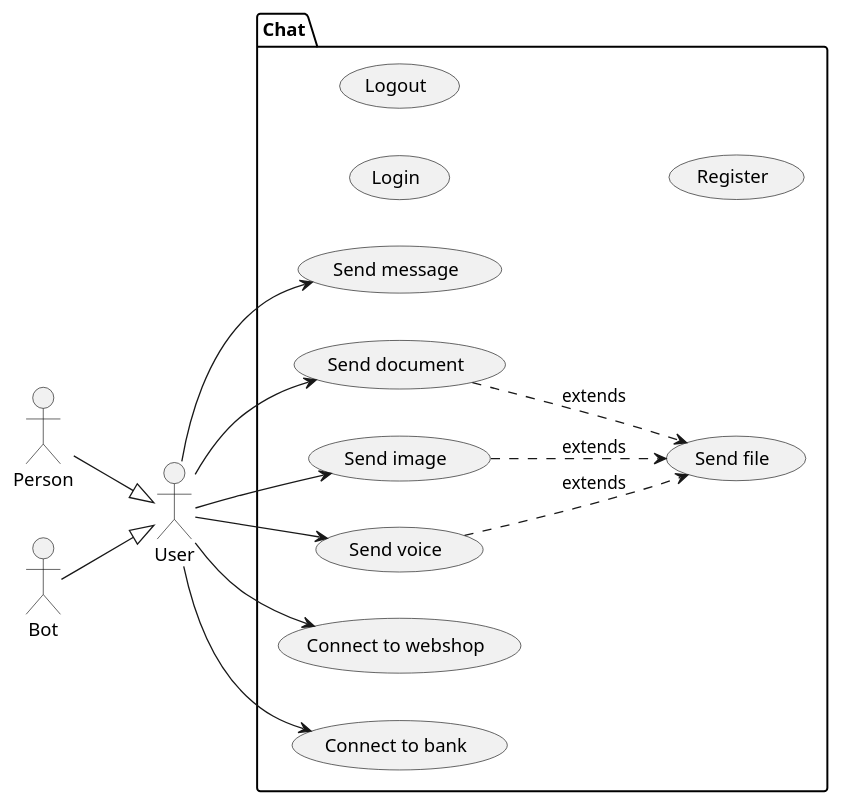
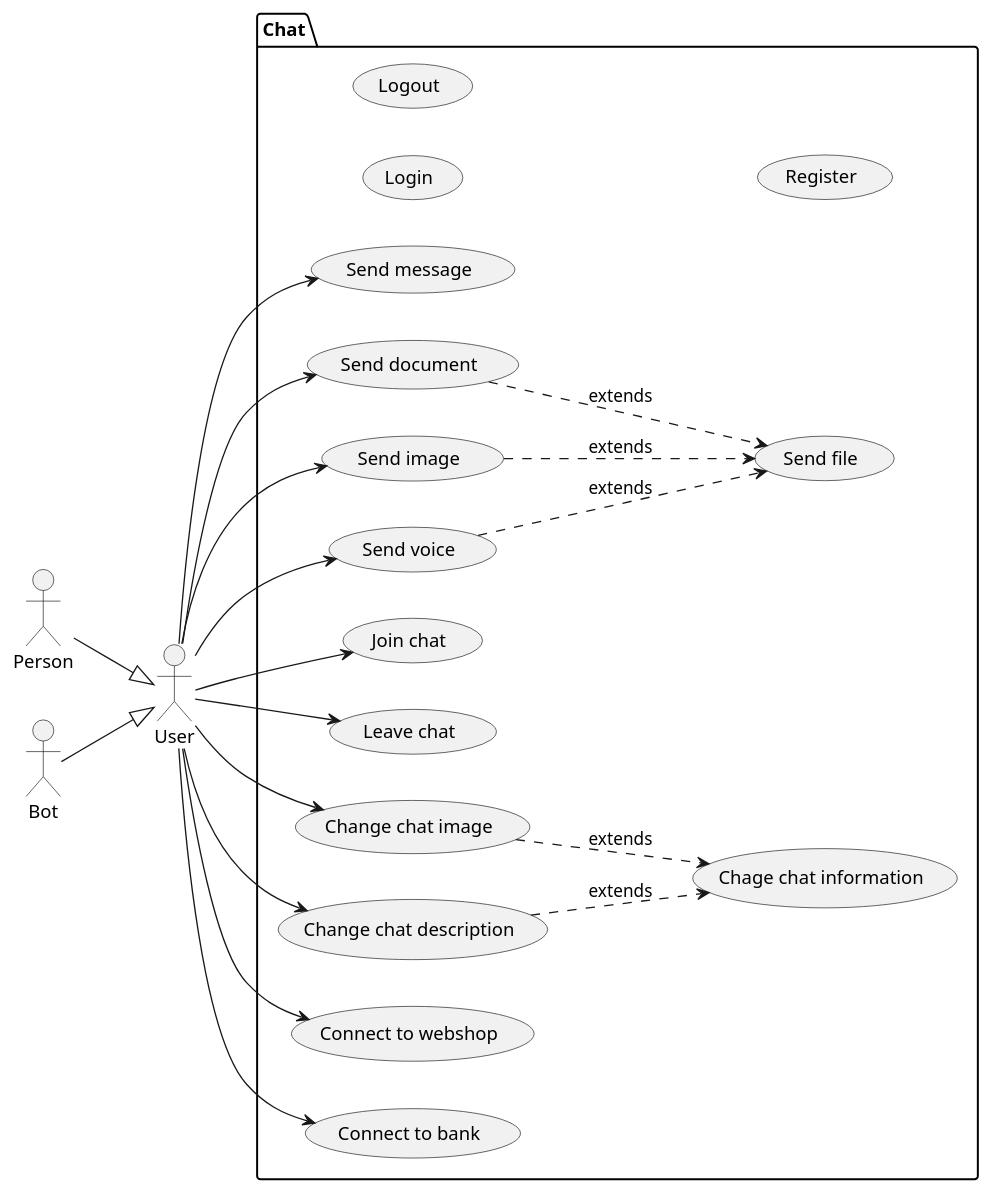
Before and after one commit to bbenno/oth-sw: the diagram in src/doc/uml-usecase.puml, drawn with PlantUML.

Commit message:
Add usecases concerning chating

```diff
--- a/src/doc/uml-usecase.puml
+++ b/src/doc/uml-usecase.puml
@@ -1,39 +1,51 @@
 @startuml chat
 left to right direction
 
 ' actors
 actor "User" as u
 actor "Person" as p
 actor "Bot" as b
 
 ' actor hierarchy
 p -down-|> u
 b -down-|> u
 
 ' use cases
 package "Chat" {
   usecase "Login" as oUC1
   usecase "Logout" as oUC2
   usecase "Register" as oUC3
   ' Messaging use cases
   usecase "Send message" as mUC1
   usecase "Send file" as mUC2
   usecase "Send document" as mUC3
   usecase "Send image" as mUC4
   usecase "Send voice" as mUC5
   mUC3 ..> mUC2 : extends
   mUC4 ..> mUC2 : extends
   mUC5 ..> mUC2 : extends
-  ' Connecting use cases
-  usecase "Connect to webshop" as cUC1
-  usecase "Connect to bank" as cUC2
+  ' Chating use cases
+  usecase "Join chat" as cUC1
+  usecase "Leave chat" as cUC2
+  usecase "Change chat image" as cUC3
+  usecase "Change chat description" as cUC4
+  usecase "Chage chat information" as ceUC1
+  cUC3 ..> ceUC1 : extends
+  cUC4 ..> ceUC1 : extends
+  ' Connecting to partners use cases
+  usecase "Connect to webshop" as pUC1
+  usecase "Connect to bank" as pUC2
 }
 
 '  link actor User with use cases
 u --> mUC1
 u --> mUC3
 u --> mUC4
 u --> mUC5
 u --> cUC1
 u --> cUC2
+u --> cUC3
+u --> cUC4
+u --> pUC1
+u --> pUC2
 @enduml
```
